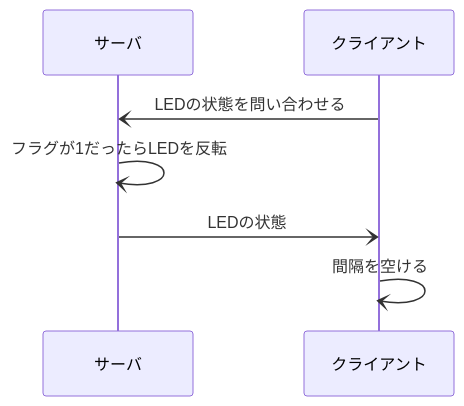
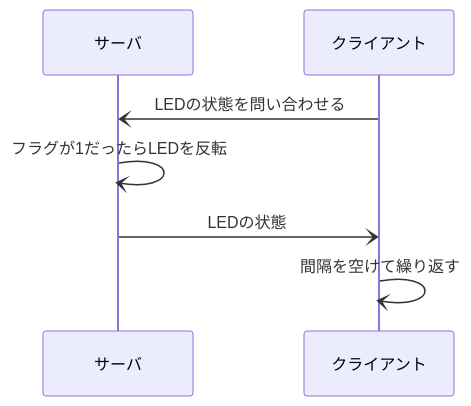
The fifth of 5 diagrams in README.md (asa1729/webpro_06), drawn with Mermaid before and after one commit.

````diff
--- a/README.md
+++ b/README.md
@@ -298,12 +298,12 @@
 ```mermaid
 sequenceDiagram
     participant A as サーバ
     participant B as クライアント
 
 
     B-)A: LEDの状態を問い合わせる
     A-)A: フラグが1だったらLEDを反転
     A-)B: LEDの状態
-    B-)B: 間隔を空ける
+    B-)B: 間隔を空けて繰り返す
 
 ```
````
